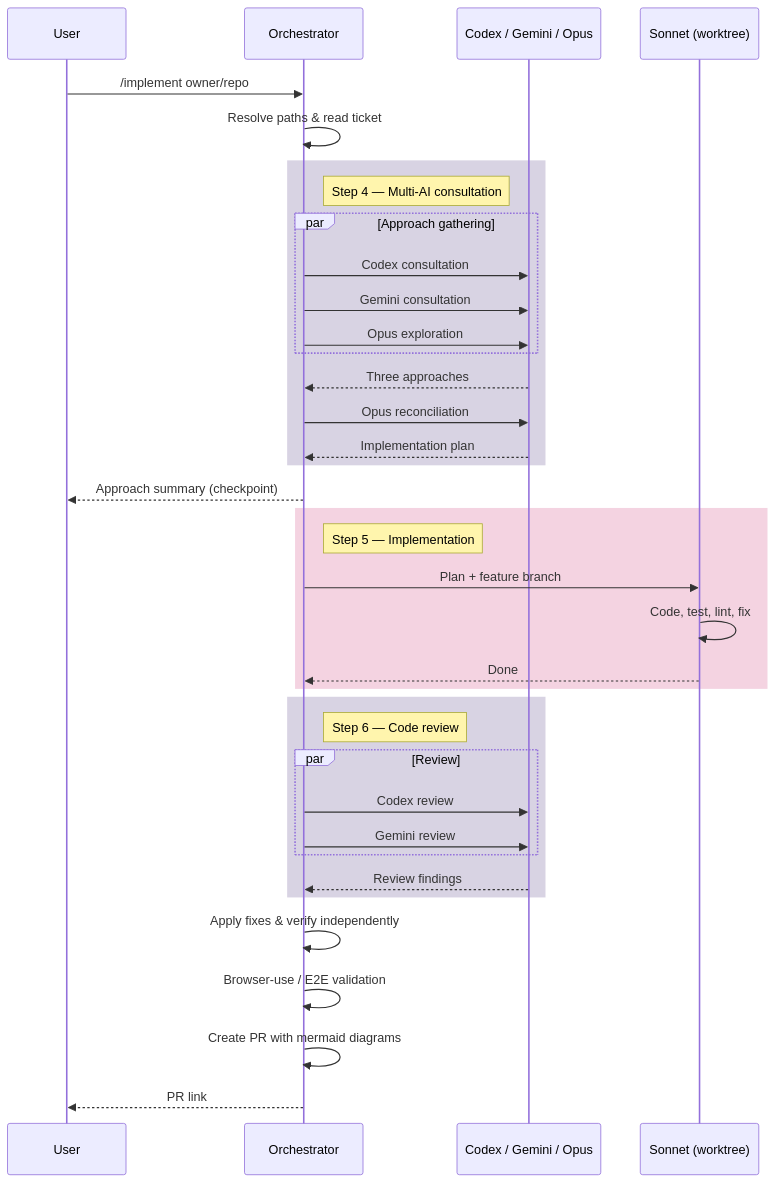
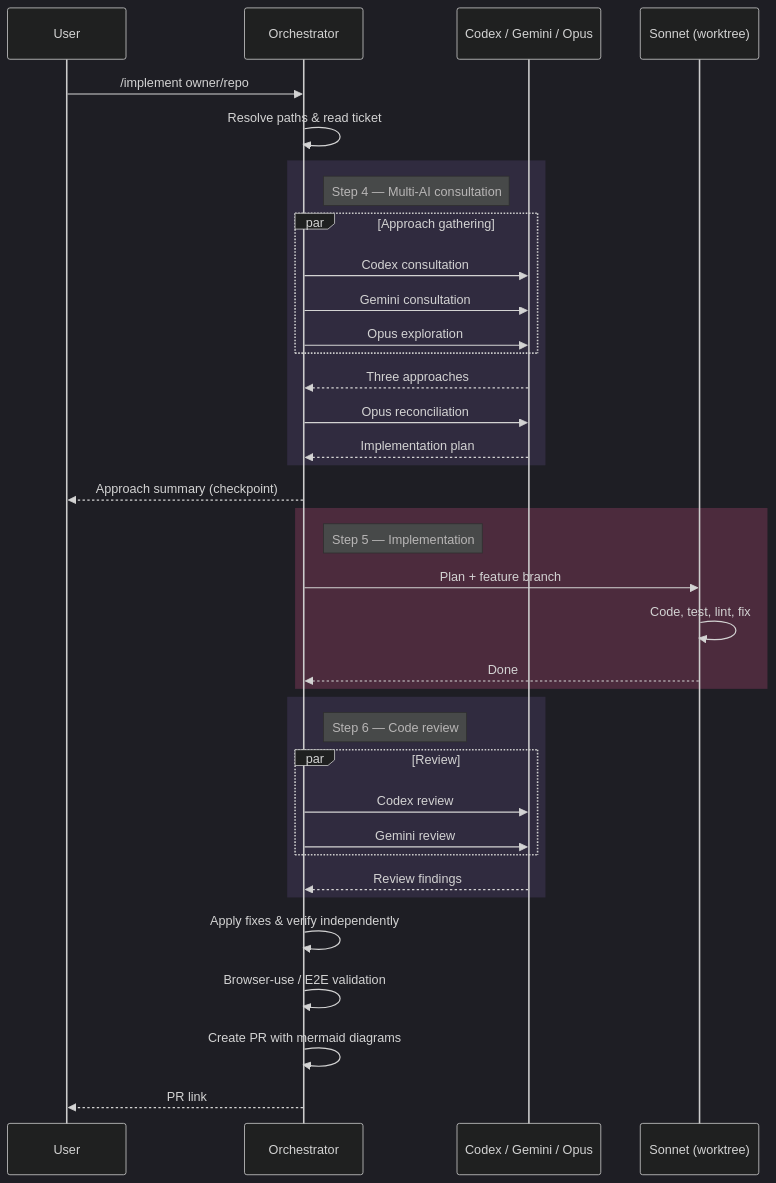
One commit to plwp/chief-wiggum changed the second of 3 diagrams in README.md. Above: the diagram before and after it, drawn with Mermaid.

Commit message:
fix: use dark mermaid theme for sequence diagram
Default theme still has low-contrast text in GitHub dark mode.

````diff
--- a/README.md
+++ b/README.md
@@ -56,46 +56,46 @@
 ```mermaid
-%%{init: {'theme': 'default'}}%%
+%%{init: {'theme': 'dark'}}%%
 sequenceDiagram
     participant U as User
     participant O as Orchestrator
     participant AI as Codex / Gemini / Opus
     participant S as Sonnet (worktree)
 
     U->>O: /implement owner/repo#42
     O->>O: Resolve paths & read ticket
 
     rect rgba(102, 81, 145, 0.25)
         note right of O: Step 4 — Multi-AI consultation
         par Approach gathering
             O->>AI: Codex consultation
             O->>AI: Gemini consultation
             O->>AI: Opus exploration
         end
         AI-->>O: Three approaches
         O->>AI: Opus reconciliation
         AI-->>O: Implementation plan
     end
 
     O-->>U: Approach summary (checkpoint)
 
     rect rgba(212, 80, 135, 0.25)
         note right of O: Step 5 — Implementation
         O->>S: Plan + feature branch
         S->>S: Code, test, lint, fix
         S-->>O: Done
     end
 
     rect rgba(102, 81, 145, 0.25)
         note right of O: Step 6 — Code review
         par Review
             O->>AI: Codex review
             O->>AI: Gemini review
         end
         AI-->>O: Review findings
     end
 
     O->>O: Apply fixes & verify independently
     O->>O: Browser-use / E2E validation
     O->>O: Create PR with mermaid diagrams
     O-->>U: PR link
 ```
````
